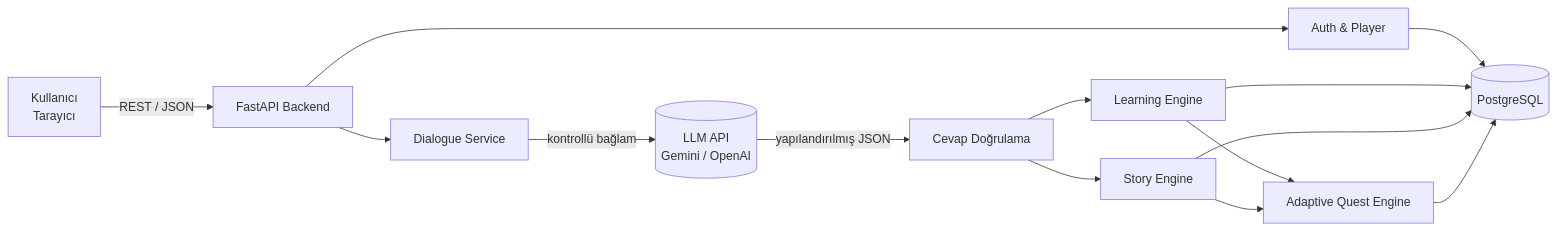
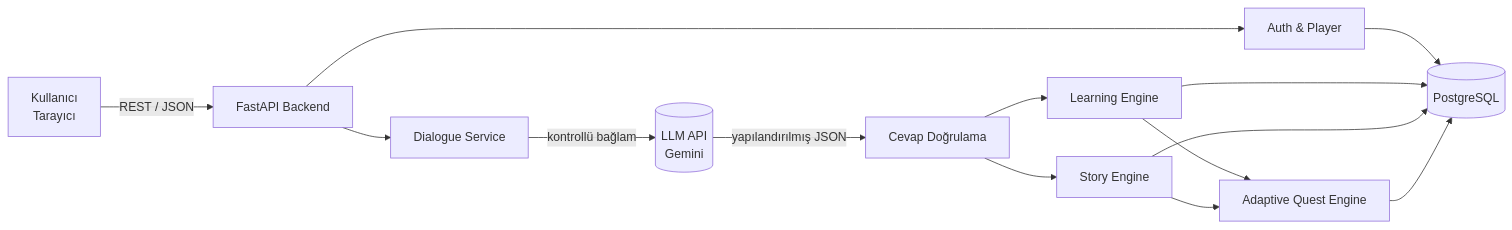
The diagram in README.md (emirulasozdag/SPEAKQUEST), drawn with Mermaid before and after one commit. The commit also changed other lines of this file and 5 other files, not shown here.

````diff
--- a/README.md
+++ b/README.md
@@ -204,16 +204,16 @@
 ```mermaid
 flowchart LR
     U[Kullanıcı<br/>Tarayıcı] -->|REST / JSON| API[FastAPI Backend]
     API --> AUTH[Auth & Player]
     API --> DLG[Dialogue Service]
-    DLG -->|kontrollü bağlam| AI[(LLM API<br/>Gemini / OpenAI)]
+    DLG -->|kontrollü bağlam| AI[(LLM API<br/>Gemini)]
     AI -->|yapılandırılmış JSON| VAL[Cevap Doğrulama]
     VAL --> LE[Learning Engine]
     VAL --> SE[Story Engine]
     LE --> QE[Adaptive Quest Engine]
     SE --> QE
     AUTH --> DB[(PostgreSQL)]
     LE --> DB
     SE --> DB
     QE --> DB
 ```
````
